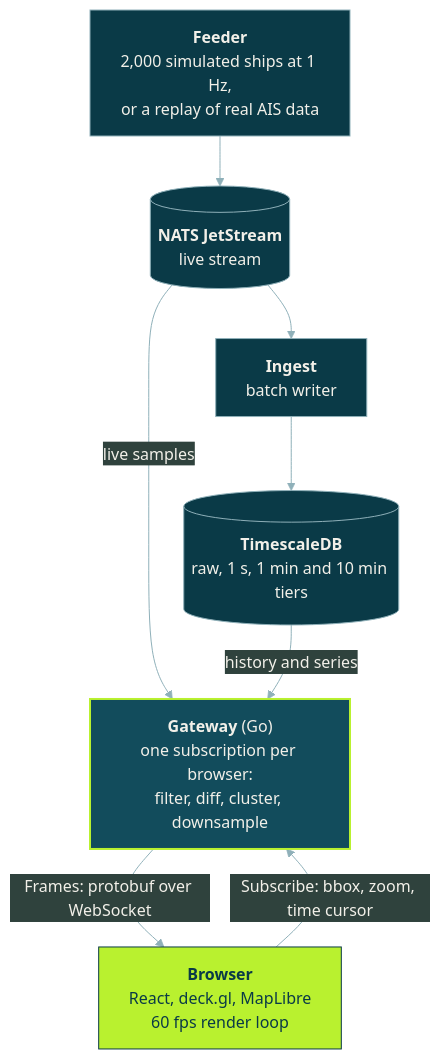
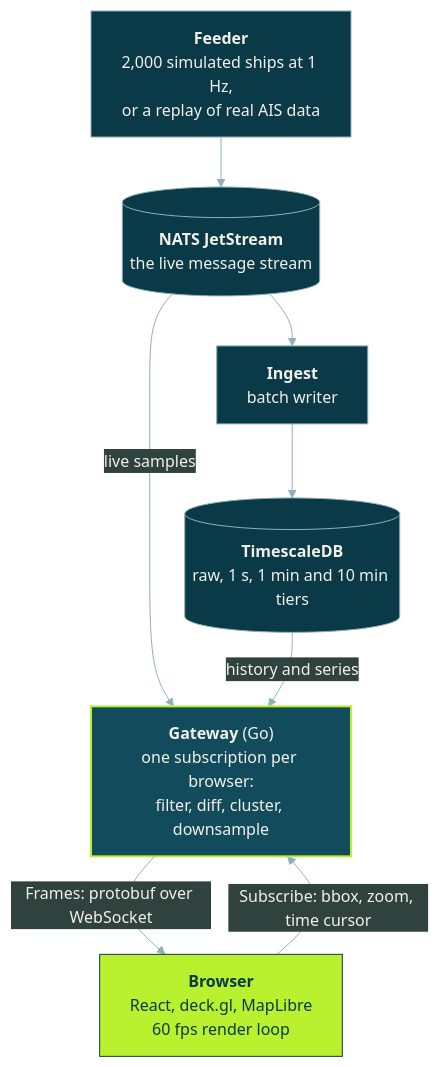
One commit to Jenil133/PortLink changed the first of 2 diagrams in README.md. Above: the diagram before and after it, drawn with Mermaid.

Commit message:
Widen the NATS box so its label is not clipped

````diff
--- a/README.md
+++ b/README.md
@@ -83,21 +83,21 @@
 ```mermaid
 %%{init: {'theme':'base','themeVariables':{'primaryColor':'#0A3A47','primaryTextColor':'#F2F0E9','primaryBorderColor':'#8FB0B9','lineColor':'#8FB0B9','secondaryColor':'#2F423D','tertiaryColor':'#062A35','fontFamily':'ui-sans-serif, system-ui'}}}%%
 flowchart TB
     F["<b>Feeder</b><br/>2,000 simulated ships at 1 Hz,<br/>or a replay of real AIS data"]
-    N[("<b>NATS JetStream</b><br/>live stream")]
+    N[("<b>NATS JetStream</b><br/>the live message stream")]
     I["<b>Ingest</b><br/>batch writer"]
     T[("<b>TimescaleDB</b><br/>raw, 1 s, 1 min and 10 min tiers")]
     G["<b>Gateway</b> (Go)<br/>one subscription per browser:<br/>filter, diff, cluster, downsample"]
     B["<b>Browser</b><br/>React, deck.gl, MapLibre<br/>60 fps render loop"]
 
     F --> N
     N --> I
     I --> T
     N -- "live samples" --> G
     T -- "history and series" --> G
     B -- "Subscribe: bbox, zoom, time cursor" --> G
     G -- "Frames: protobuf over WebSocket" --> B
 
     style B fill:#B9F12F,color:#0A3A47,stroke:#0A3A47
     style G fill:#124C5C,color:#F2F0E9,stroke:#B9F12F,stroke-width:2px
 ```
````
